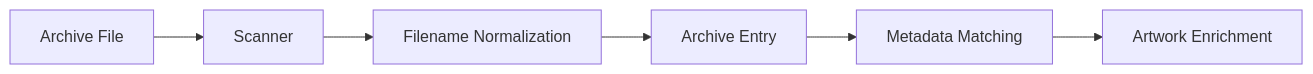
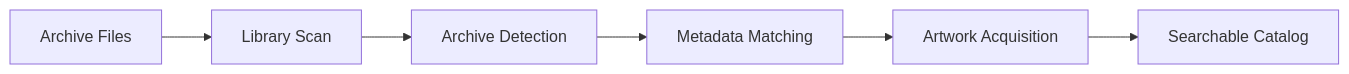
The ninth of 10 diagrams in README.md (InvictusRex/Ludexis), drawn with Mermaid before and after one commit. The commit also changed other lines of this file, not shown here.

````diff
--- a/README.md
+++ b/README.md
@@ -96,16 +258,14 @@
 ```mermaid
 flowchart LR
 
-    A[Archive File]
-    B[Scanner]
-    C[Filename Normalization]
-    D[Archive Entry]
-    E[Metadata Matching]
-    F[Artwork Enrichment]
+    A[Archive Files]
+    --> B[Library Scan]
 
-    A --> B
-    B --> C
-    C --> D
-    D --> E
-    E --> F
+    B --> C[Archive Detection]
+
+    C --> D[Metadata Matching]
+
+    D --> E[Artwork Acquisition]
+
+    E --> F[Searchable Catalog]
 ```
````
